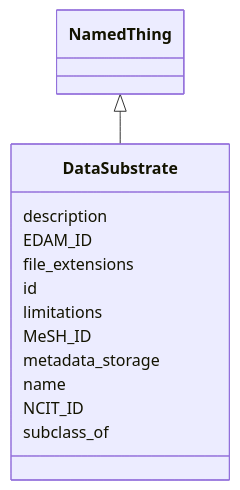
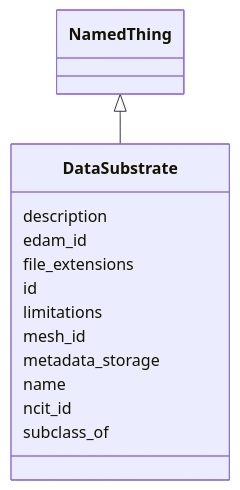
The diagram in docs/DataSubstrate.md (bridge2ai/standards-schemas), drawn with Mermaid before and after one commit. The commit also changed other lines of this file and 108 other files, not shown here.

````diff
--- a/docs/DataSubstrate.md
+++ b/docs/DataSubstrate.md
@@ -11,17 +11,17 @@
 ```mermaid
  classDiagram
     class DataSubstrate
       NamedThing <|-- DataSubstrate
       
       DataSubstrate : description
-      DataSubstrate : EDAM_ID
+      DataSubstrate : edam_id
       DataSubstrate : file_extensions
       DataSubstrate : id
       DataSubstrate : limitations
-      DataSubstrate : MeSH_ID
+      DataSubstrate : mesh_id
       DataSubstrate : metadata_storage
       DataSubstrate : name
-      DataSubstrate : NCIT_ID
+      DataSubstrate : ncit_id
       DataSubstrate : subclass_of
       
 ```
````
